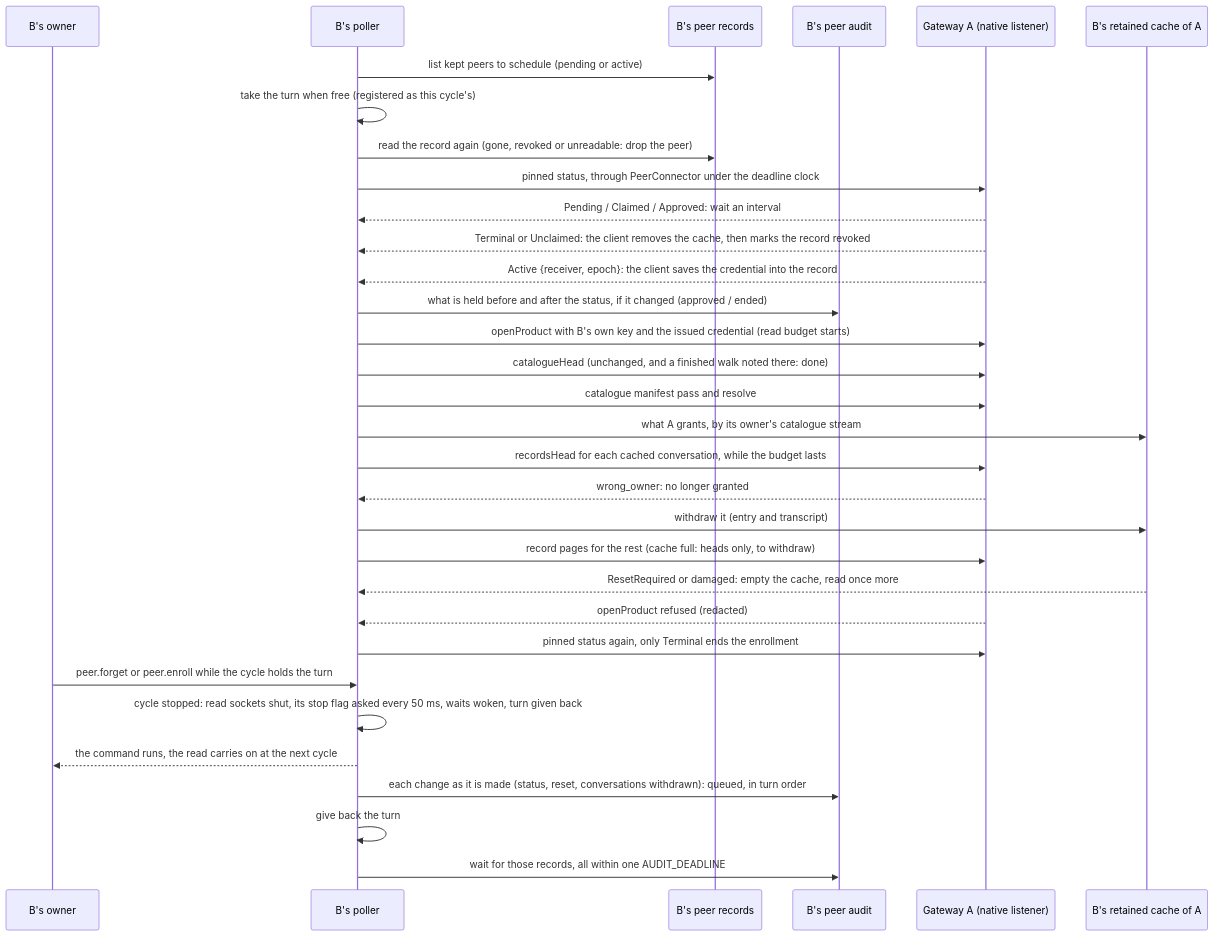
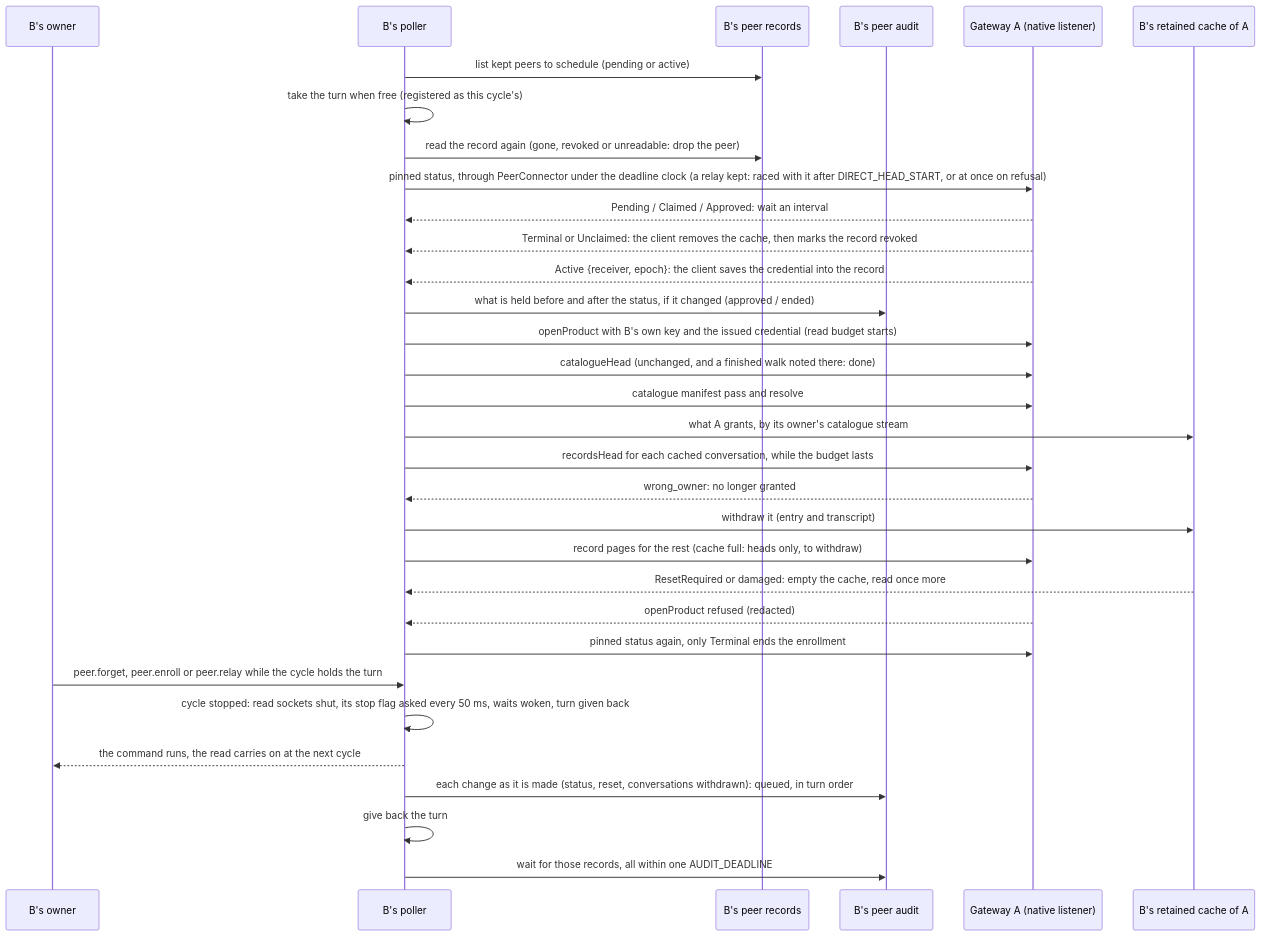
One commit to nessalabs/nessa-agent changed diagram 14 of 15 in docs/design/auth/peer-gateways.md. Above: the diagram before and after it, drawn with Mermaid. The commit also changed other lines of this file and 27 other files, not shown here.

First line of the commit message:
Let peer gateways keep a relay and read through it when the address stops answering (part R2b-2 of #266)

````diff
--- a/docs/design/auth/peer-gateways.md
+++ b/docs/design/auth/peer-gateways.md
@@ -1176,34 +1185,34 @@
 ```mermaid
 sequenceDiagram
     participant O as B's owner
     participant P as B's poller
     participant R as B's peer records
     participant U as B's peer audit
     participant A as Gateway A (native listener)
     participant C as B's retained cache of A
     P->>R: list kept peers to schedule (pending or active)
     P->>P: take the turn when free (registered as this cycle's)
     P->>R: read the record again (gone, revoked or unreadable: drop the peer)
-    P->>A: pinned status, through PeerConnector under the deadline clock
+    P->>A: pinned status, through PeerConnector under the deadline clock (a relay kept: raced with it after DIRECT_HEAD_START, or at once on refusal)
     A-->>P: Pending / Claimed / Approved: wait an interval
     A-->>P: Terminal or Unclaimed: the client removes the cache, then marks the record revoked
     A-->>P: Active {receiver, epoch}: the client saves the credential into the record
     P->>U: what is held before and after the status, if it changed (approved / ended)
     P->>A: openProduct with B's own key and the issued credential (read budget starts)
     P->>A: catalogueHead (unchanged, and a finished walk noted there: done)
     P->>A: catalogue manifest pass and resolve
     P->>C: what A grants, by its owner's catalogue stream
     P->>A: recordsHead for each cached conversation, while the budget lasts
     A-->>P: wrong_owner: no longer granted
     P->>C: withdraw it (entry and transcript)
     P->>A: record pages for the rest (cache full: heads only, to withdraw)
     C-->>P: ResetRequired or damaged: empty the cache, read once more
     A-->>P: openProduct refused (redacted)
     P->>A: pinned status again, only Terminal ends the enrollment
-    O->>P: peer.forget or peer.enroll while the cycle holds the turn
+    O->>P: peer.forget, peer.enroll or peer.relay while the cycle holds the turn
     P->>P: cycle stopped: read sockets shut, its stop flag asked every 50 ms, waits woken, turn given back
     P-->>O: the command runs, the read carries on at the next cycle
     P->>U: each change as it is made (status, reset, conversations withdrawn): queued, in turn order
     P->>P: give back the turn
     P->>U: wait for those records, all within one AUDIT_DEADLINE
 ```
````
